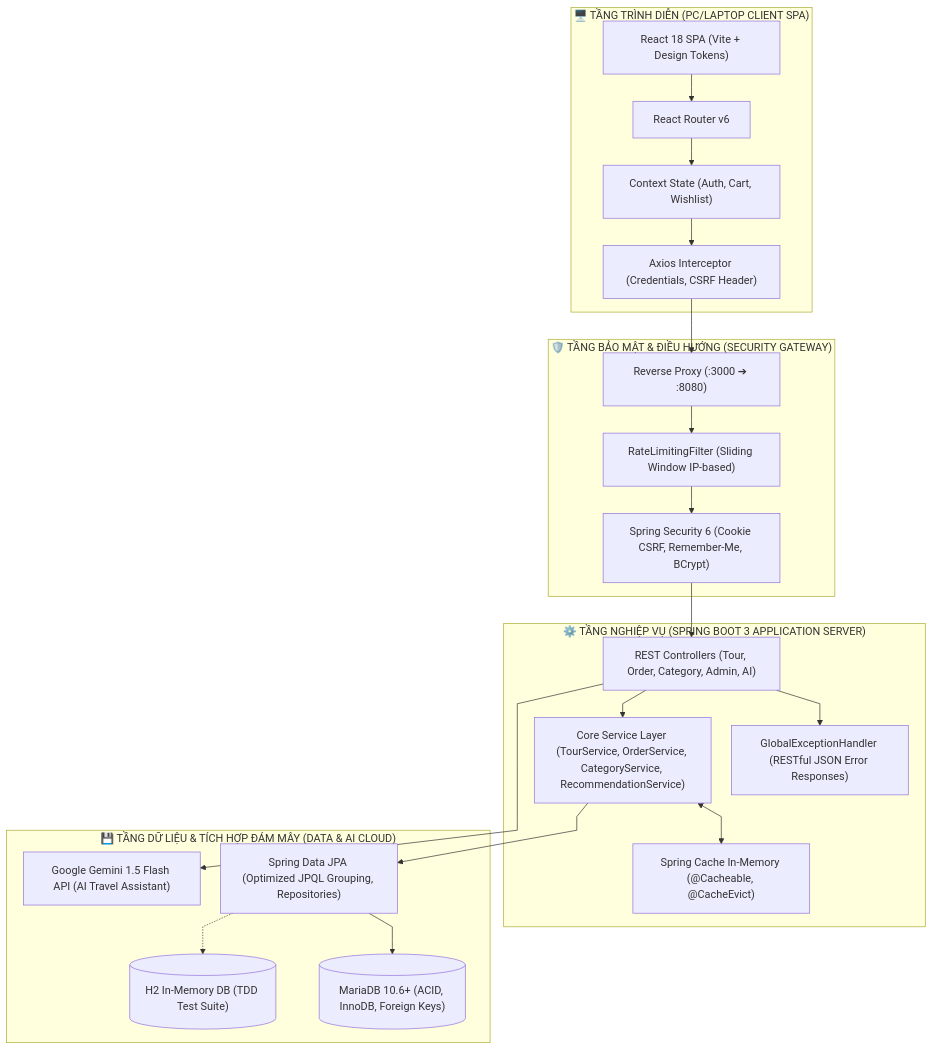
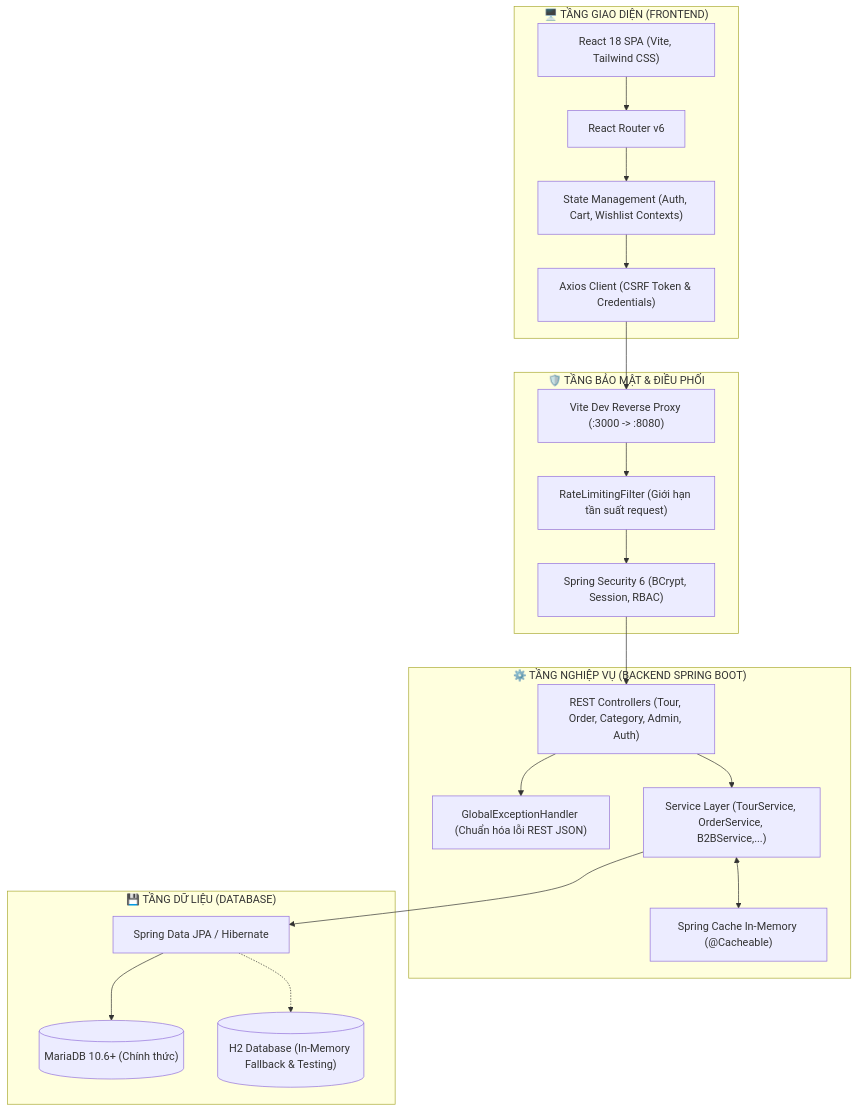
One commit to DaMilos35/JavaWWW_Nhom5_TourBooking changed the first of 2 diagrams in README.md. Above: the diagram before and after it, drawn with Mermaid. The commit also changed other lines of this file, not shown here.

````diff
--- a/README.md
+++ b/README.md
@@ -101,40 +61,37 @@
 ```mermaid
-%%{init: {'flowchart': {'curve': 'linear', 'nodeSpacing': 30, 'rankSpacing': 40}}}%%
 flowchart TB
-    subgraph ClientLayer["🖥️ TẦNG TRÌNH DIỄN (PC/LAPTOP CLIENT SPA)"]
-        UI["React 18 SPA (Vite + Design Tokens)"]
+    subgraph ClientLayer["🖥️ TẦNG GIAO DIỆN (FRONTEND)"]
+        UI["React 18 SPA (Vite, Tailwind CSS)"]
         Router["React Router v6"]
-        Axios["Axios Interceptor (Credentials, CSRF Header)"]
-        State["Context State (Auth, Cart, Wishlist)"]
+        Axios["Axios Client (CSRF Token & Credentials)"]
+        State["State Management (Auth, Cart, Wishlist Contexts)"]
     end
 
-    subgraph SecurityLayer["🛡️ TẦNG BẢO MẬT & ĐIỀU HƯỚNG (SECURITY GATEWAY)"]
-        Proxy["Reverse Proxy (:3000 ➔ :8080)"]
-        RateLimit["RateLimitingFilter (Sliding Window IP-based)"]
-        SecFilter["Spring Security 6 (Cookie CSRF, Remember-Me, BCrypt)"]
+    subgraph SecurityLayer["🛡️ TẦNG BẢO MẬT & ĐIỀU PHỐI"]
+        Proxy["Vite Dev Reverse Proxy (:3000 -> :8080)"]
+        RateLimit["RateLimitingFilter (Giới hạn tần suất request)"]
+        SecFilter["Spring Security 6 (BCrypt, Session, RBAC)"]
     end
 
-    subgraph ServiceLayer["⚙️ TẦNG NGHIỆP VỤ (SPRING BOOT 3 APPLICATION SERVER)"]
-        Controllers["REST Controllers (Tour, Order, Category, Admin, AI)"]
-        GlobalEx["GlobalExceptionHandler (RESTful JSON Error Responses)"]
-        Services["Core Service Layer (TourService, OrderService, CategoryService, RecommendationService)"]
-        Cache["Spring Cache In-Memory (@Cacheable, @CacheEvict)"]
+    subgraph ServiceLayer["⚙️ TẦNG NGHIỆP VỤ (BACKEND SPRING BOOT)"]
+        Controllers["REST Controllers (Tour, Order, Category, Admin, Auth)"]
+        GlobalEx["GlobalExceptionHandler (Chuẩn hóa lỗi REST JSON)"]
+        Services["Service Layer (TourService, OrderService, B2BService,...)"]
+        Cache["Spring Cache In-Memory (@Cacheable)"]
     end
 
-    subgraph DataLayer["💾 TẦNG DỮ LIỆU & TÍCH HỢP ĐÁM MÂY (DATA & AI CLOUD)"]
-        JPA["Spring Data JPA (Optimized JPQL Grouping, Repositories)"]
-        MariaDB[("MariaDB 10.6+ (ACID, InnoDB, Foreign Keys)")]
-        H2[("H2 In-Memory DB (TDD Test Suite)")]
-        GeminiAPI["Google Gemini 1.5 Flash API (AI Travel Assistant)"]
+    subgraph DataLayer["💾 TẦNG DỮ LIỆU (DATABASE)"]
+        JPA["Spring Data JPA / Hibernate"]
+        MariaDB[("MariaDB 10.6+ (Chính thức)")]
+        H2[("H2 Database (In-Memory Fallback & Testing)")]
     end
 
     UI --> Router --> State --> Axios
     Axios --> Proxy --> RateLimit --> SecFilter --> Controllers
     Controllers --> GlobalEx
     Controllers --> Services
     Services <--> Cache
     Services --> JPA
     JPA --> MariaDB
     JPA -.-> H2
-    Controllers --> GeminiAPI
 ```
````
